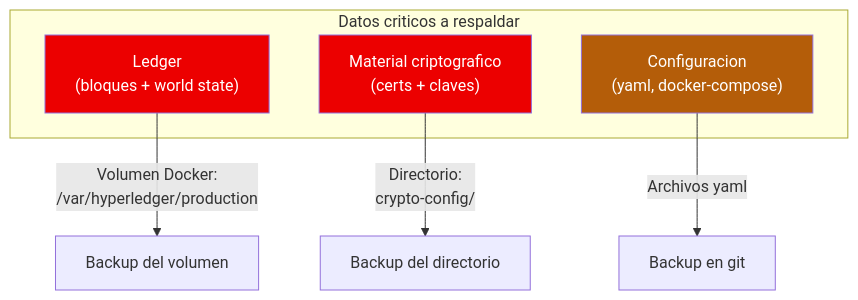
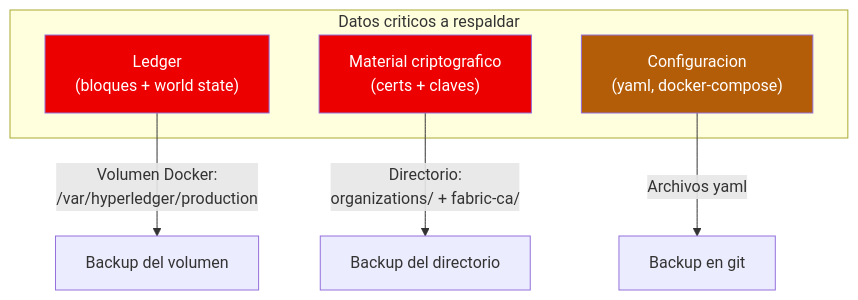
One commit to jjnieto/fabric changed the sixth of 7 diagrams in docs/06-operaciones-administracion.md. Above: the diagram before and after it, drawn with Mermaid. The commit also changed other lines of this file, not shown here.

First line of the commit message:
Reescribir doc 06: conectar con red del doc 05, añadir despliegue chaincode

````diff
--- a/docs/06-operaciones-administracion.md
+++ b/docs/06-operaciones-administracion.md
@@ -312,16 +726,16 @@
 ```mermaid
 graph TB
     subgraph "Datos criticos a respaldar"
         A["Ledger<br/>(bloques + world state)"]
         B["Material criptografico<br/>(certs + claves)"]
         C["Configuracion<br/>(yaml, docker-compose)"]
     end
 
     A --> |"Volumen Docker:<br/>/var/hyperledger/production"| BA["Backup del volumen"]
-    B --> |"Directorio:<br/>crypto-config/"| BB["Backup del directorio"]
+    B --> |"Directorio:<br/>organizations/ + fabric-ca/"| BB["Backup del directorio"]
     C --> |"Archivos yaml"| BC["Backup en git"]
 
     style A fill:#EC0000,color:#fff
     style B fill:#EC0000,color:#fff
     style C fill:#B45D09,color:#fff
 ```
````
